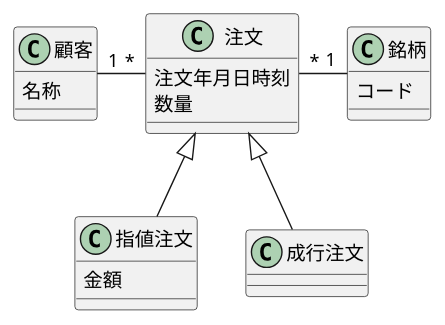
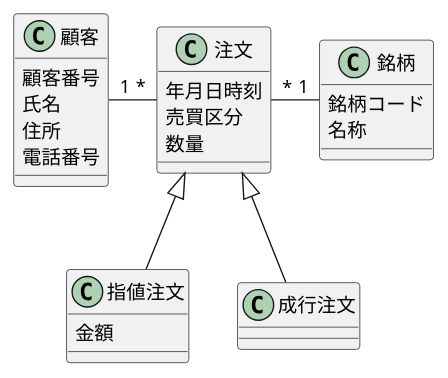
One commit to yinm/uml-modeling-lesson changed the diagram in ch06/excercise/6-3.puml. Above: the diagram before and after it, drawn with PlantUML. The commit also changed 3 other files, not shown here.

```diff
--- a/ch06/excercise/6-3.puml
+++ b/ch06/excercise/6-3.puml
@@ -1,28 +1,33 @@
 @startuml
 
 class 顧客 {
-  名称
+  顧客番号
+  氏名
+  住所
+  電話番号
 }
 
 class 注文 {
-  注文年月日時刻
+  年月日時刻
+  売買区分
   数量
 }
 
 class 指値注文 {
   金額
 }
 
 class 成行注文
 
 class 銘柄 {
-  コード
+  銘柄コード
+  名称
 }
 
 注文 <|-- 指値注文
 注文 <|-- 成行注文
 
 顧客 "1"-r-"*" 注文
 注文 "*"-r-"1" 銘柄
 
 @enduml
```
